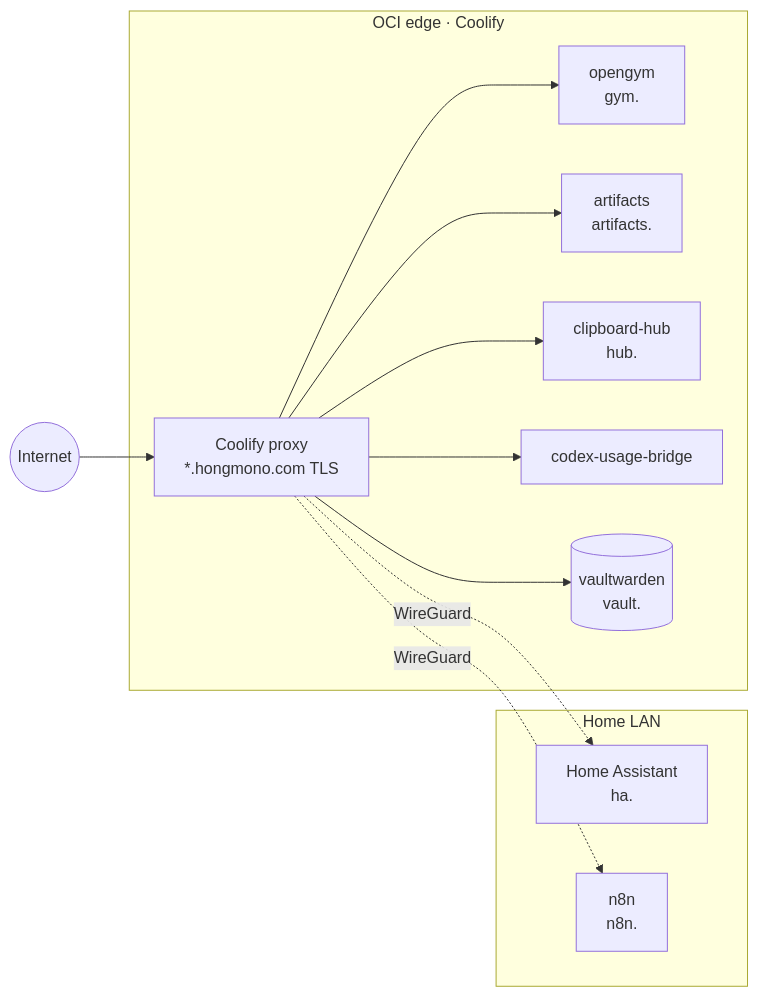
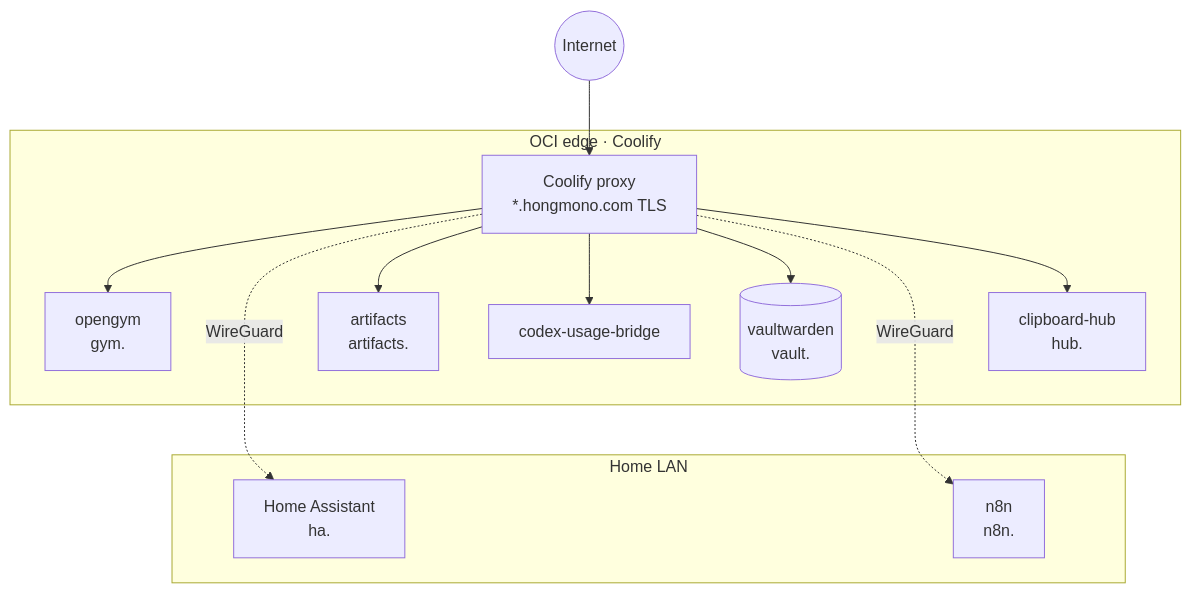
The diagram in profile/README.md (omo-dori/.github), drawn with Mermaid before and after one commit.

Commit message:
docs: 구성도 배치(OCI 위, 홈 아래, 서비스 가로)

````diff
--- a/profile/README.md
+++ b/profile/README.md
@@ -9,21 +9,23 @@
 ```mermaid
-flowchart LR
+flowchart TB
     internet((Internet)) --> proxy
 
     subgraph oci [OCI edge · Coolify]
         proxy[Coolify proxy<br/>*.hongmono.com TLS]
         opengym[opengym<br/>gym.]
         artifacts[artifacts<br/>artifacts.]
         hub[clipboard-hub<br/>hub.]
         bridge[codex-usage-bridge]
         vault[(vaultwarden<br/>vault.)]
     end
 
     subgraph home [Home LAN]
         ha[Home Assistant<br/>ha.]
         n8n[n8n<br/>n8n.]
     end
 
     proxy --> opengym & artifacts & hub & bridge & vault
     proxy -. WireGuard .-> ha & n8n
+    artifacts ~~~ ha
+    hub ~~~ n8n
 ```
````
